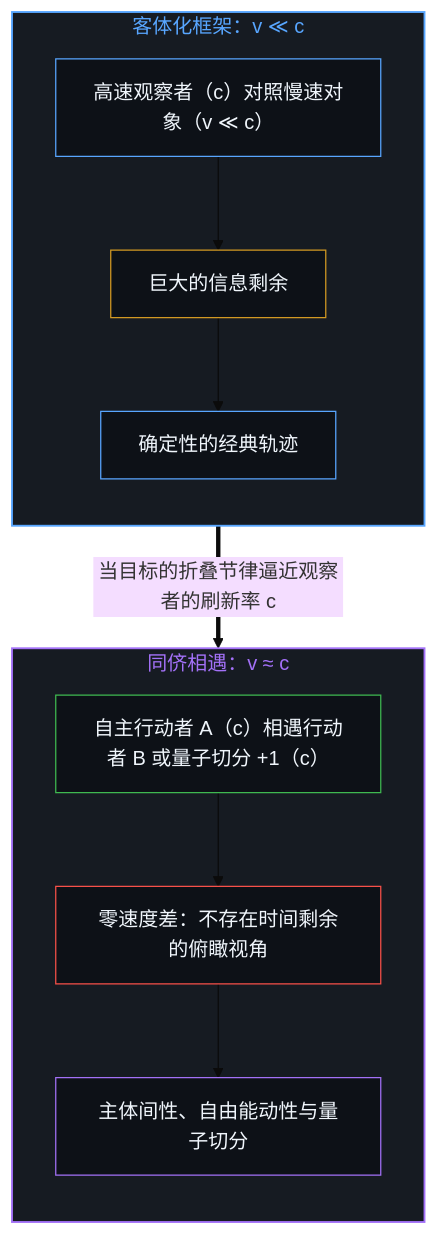
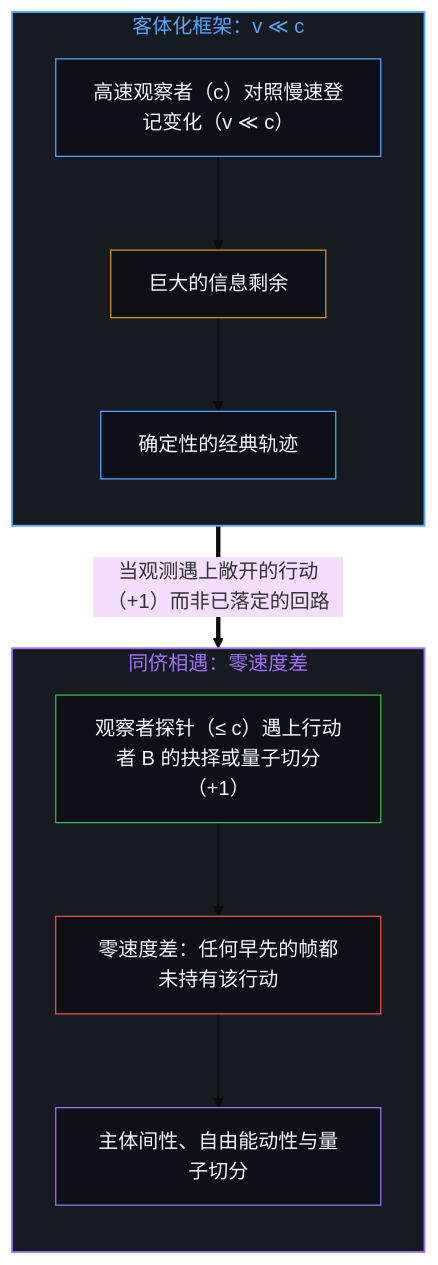
One commit to powerpig99/not-a-toe changed the seventh of 10 diagrams in content/posts/the-velocity-of-visibility.md. Above: the diagram before and after it, drawn with Mermaid (base theme). The commit also changed other lines of this file and 27 other files, not shown here.

````diff
--- a/content/posts/the-velocity-of-visibility.md
+++ b/content/posts/the-velocity-of-visibility.md
@@ -209,26 +209,26 @@
 ```mermaid
 flowchart TD
     subgraph S_Objectify["客体化框架：v ≪ c"]
         direction TB
-        ObserverFast["高速观察者（c）对照慢速对象（v ≪ c）"]
+        ObserverFast["高速观察者（c）对照慢速登记变化（v ≪ c）"]
         Surplus["巨大的信息剩余"]
         Mechanics["确定性的经典轨迹"]
         ObserverFast --> Surplus --> Mechanics
     end
-    subgraph S_Peer["同侪相遇：v ≈ c"]
+    subgraph S_Peer["同侪相遇：零速度差"]
         direction TB
-        PeerMeet["自主行动者 A（c）相遇行动者 B 或量子切分 +1（c）"]
-        ZeroDeficit["零速度差：不存在时间剩余的俯瞰视角"]
+        PeerMeet["观察者探针（≤ c）遇上行动者 B 的抉择或量子切分（+1）"]
+        ZeroDeficit["零速度差：任何早先的帧都未持有该行动"]
         Indeterminacy["主体间性、自由能动性与量子切分"]
         PeerMeet --> ZeroDeficit --> Indeterminacy
     end
-    Mechanics ==>|"当目标的折叠节律逼近观察者的刷新率 c"| PeerMeet
+    Mechanics ==>|"当观测遇上敞开的行动（+1）而非已落定的回路"| PeerMeet
     style S_Objectify fill:#161b22,stroke:#58a6ff,stroke-width:1.5px,color:#58a6ff
     style S_Peer fill:#161b22,stroke:#a371f7,stroke-width:1.5px,color:#a371f7
     style ObserverFast fill:#0d1117,stroke:#58a6ff,stroke-width:1px,color:#f0f6fc
     style Surplus fill:#0d1117,stroke:#d29922,stroke-width:1px,color:#f0f6fc
     style Mechanics fill:#0d1117,stroke:#58a6ff,stroke-width:1px,color:#f0f6fc
     style PeerMeet fill:#0d1117,stroke:#3fb950,stroke-width:1px,color:#f0f6fc
     style ZeroDeficit fill:#0d1117,stroke:#f85149,stroke-width:1px,color:#f0f6fc
     style Indeterminacy fill:#0d1117,stroke:#a371f7,stroke-width:1px,color:#f0f6fc
 ```
````
